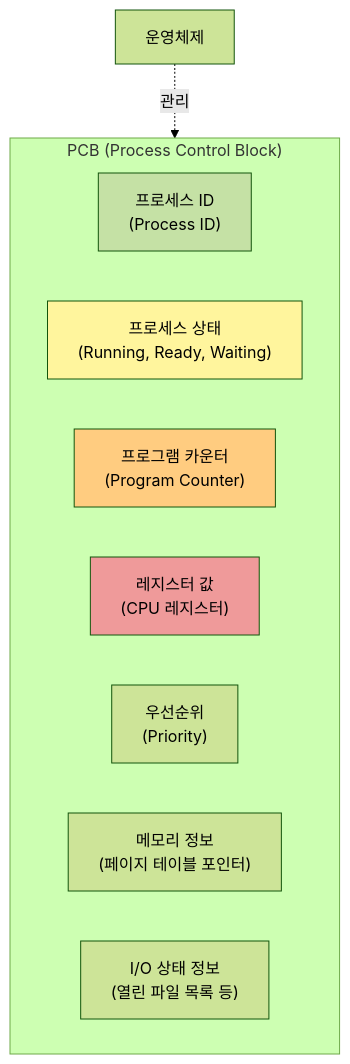
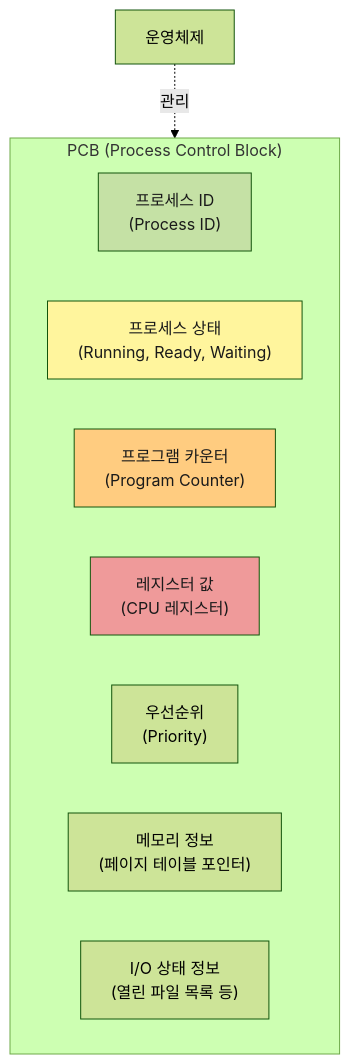
Before and after one commit to Cllaude99/cllaude99_labs: diagram 13 of 22 in apps/devblog/content/posts/operating-system.mdx, drawn with Mermaid (forest theme). The commit also changed other lines of this file, not shown here.

First line of the commit message:
fix: 다크 모드에서 머메이드 다이어그램의 텍스트 색상 추가

````diff
--- a/apps/devblog/content/posts/operating-system.mdx
+++ b/apps/devblog/content/posts/operating-system.mdx
@@ -640,19 +640,19 @@
 ```mermaid
 graph TB
     subgraph PCB["PCB (Process Control Block)"]
         PID["프로세스 ID<br/>(Process ID)"]
         State["프로세스 상태<br/>(Running, Ready, Waiting)"]
         PC["프로그램 카운터<br/>(Program Counter)"]
         Registers["레지스터 값<br/>(CPU 레지스터)"]
         Priority["우선순위<br/>(Priority)"]
         Memory["메모리 정보<br/>(페이지 테이블 포인터)"]
         IO["I/O 상태 정보<br/>(열린 파일 목록 등)"]
     end
 
     OS["운영체제"] -.관리.-> PCB
 
-    style PID fill:#c5e1a5
-    style State fill:#fff59d
-    style PC fill:#ffcc80
-    style Registers fill:#ef9a9a
+    style PID fill:#c5e1a5,color:#1a1a1a
+    style State fill:#fff59d,color:#1a1a1a
+    style PC fill:#ffcc80,color:#1a1a1a
+    style Registers fill:#ef9a9a,color:#1a1a1a
 ```
````
